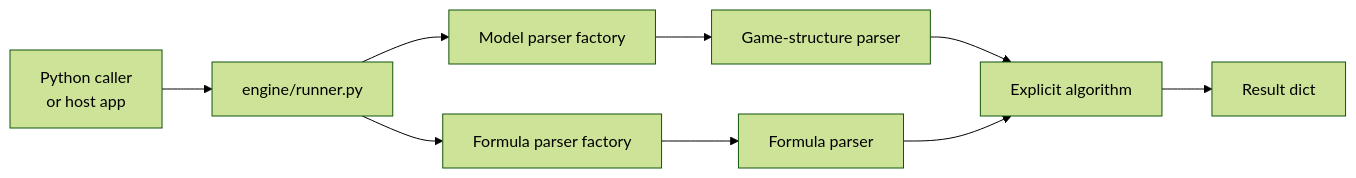
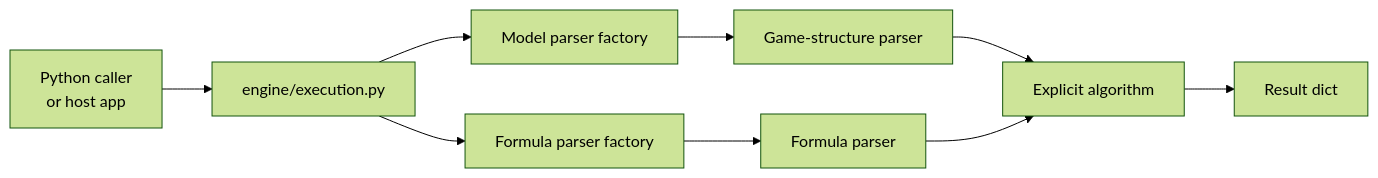
One commit to VITAMIN-organisation/vitamin-model-checker changed the first of 3 diagrams in docs/architecture.md. Above: the diagram before and after it, drawn with Mermaid (forest theme). The commit also changed other lines of this file and 85 other files, not shown here.

````diff
--- a/docs/architecture.md
+++ b/docs/architecture.md
@@ -13,18 +13,18 @@
 ```mermaid
 flowchart LR
     caller["Python caller<br/>or host app"]
-    runner["engine/runner.py"]
+    execution["engine/execution.py"]
     modelFactory["Model parser factory"]
     formulaFactory["Formula parser factory"]
     modelParser["Game-structure parser"]
     formulaParser["Formula parser"]
     algorithm["Explicit algorithm"]
     result["Result dict"]
 
-    caller --> runner
-    runner --> modelFactory --> modelParser
-    runner --> formulaFactory --> formulaParser
+    caller --> execution
+    execution --> modelFactory --> modelParser
+    execution --> formulaFactory --> formulaParser
     modelParser --> algorithm
     formulaParser --> algorithm
     algorithm --> result
 ```
````
